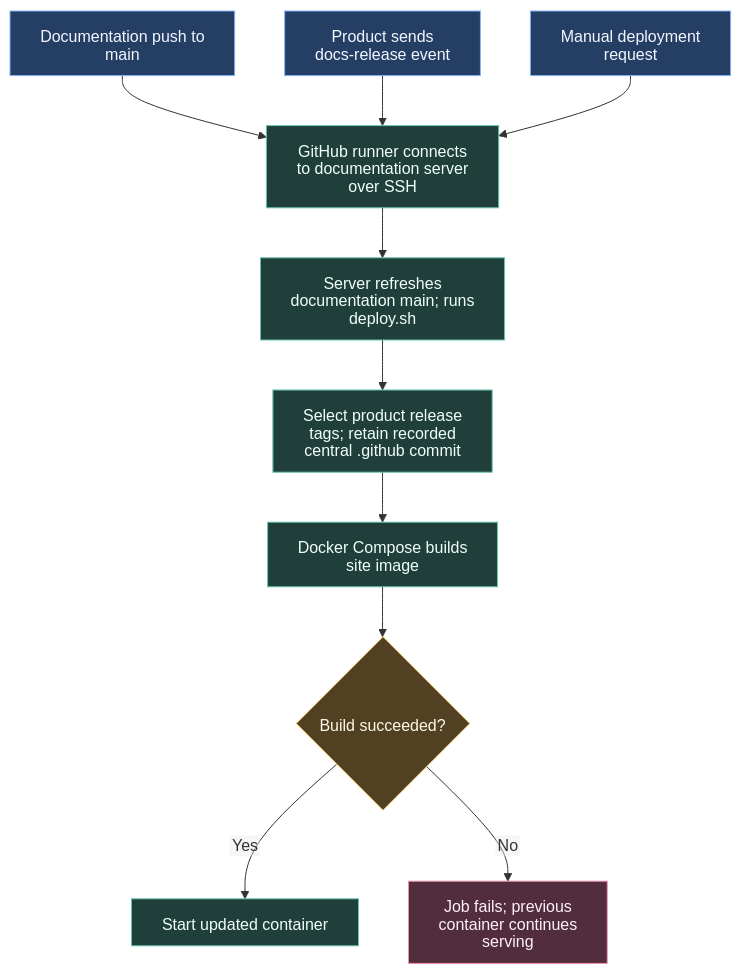
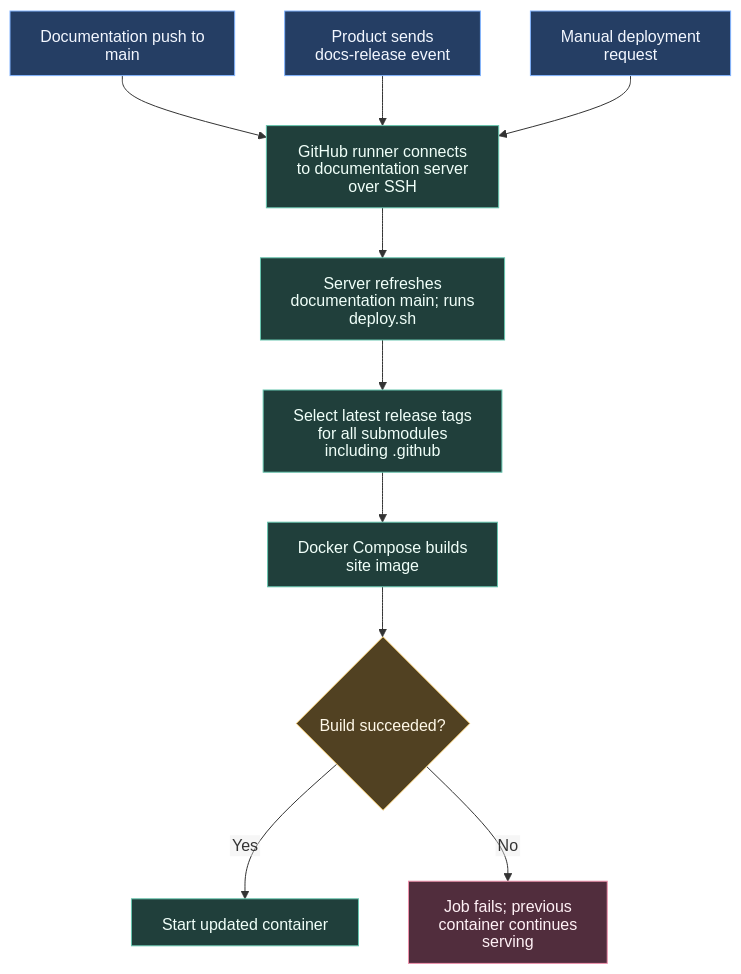
One commit to ARTTU-Software/.github changed the diagram in docs/ci/documentation-deployment.md. Above: the diagram before and after it, drawn with Mermaid. The commit also changed other lines of this file and 2 other files, not shown here.

Commit message:
feat(ci): add release workflow with documentation dispatch and update deployment docs

````diff
--- a/docs/ci/documentation-deployment.md
+++ b/docs/ci/documentation-deployment.md
@@ -10,21 +10,21 @@
 ```mermaid
 %%{init: {"htmlLabels": false}}%%
 flowchart TB
     PUSH["Documentation push to<br/>main"] --> SSH["GitHub runner connects<br/>to documentation server<br/>over SSH"]
     RELEASE["Product sends<br/>docs-release event"] --> SSH
     MANUAL["Manual deployment<br/>request"] --> SSH
     SSH --> REFRESH["Server refreshes<br/>documentation main; runs<br/>deploy.sh"]
-    REFRESH --> REVISIONS["Select product release<br/>tags; retain recorded<br/>central .github commit"]
+    REFRESH --> REVISIONS["Select latest release tags<br/>for all submodules<br/>including .github"]
     REVISIONS --> BUILD["Docker Compose builds<br/>site image"]
     BUILD --> OK{"Build succeeded?"}
     OK -->|Yes| SERVE["Start updated container"]
     OK -->|No| FAIL["Job fails; previous<br/>container continues<br/>serving"]
     classDef event fill:#253e64,stroke:#82b4ff,color:#f3f7ff
     classDef work fill:#203f3b,stroke:#66c5ae,color:#f0fff9
     classDef check fill:#514122,stroke:#e8bf63,color:#fff8e8
     classDef failure fill:#512d3d,stroke:#ef91ac,color:#fff1f6
     class PUSH,RELEASE,MANUAL event
     class SSH,REFRESH,REVISIONS,BUILD,SERVE work
     class OK check
     class FAIL failure
 ```
````
